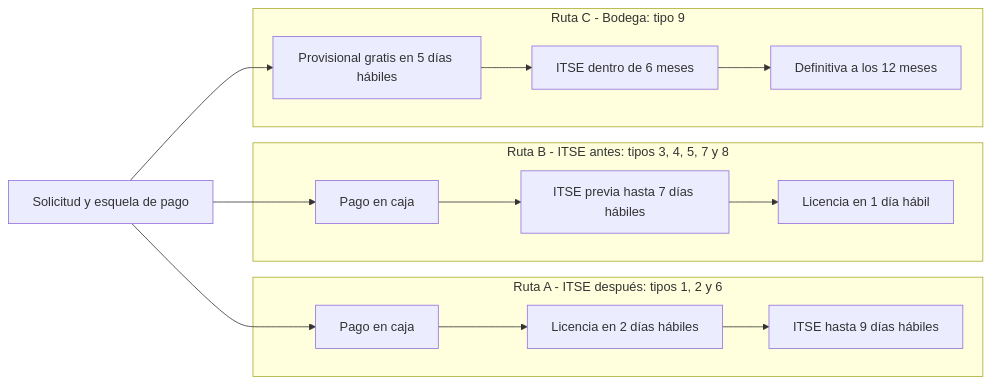
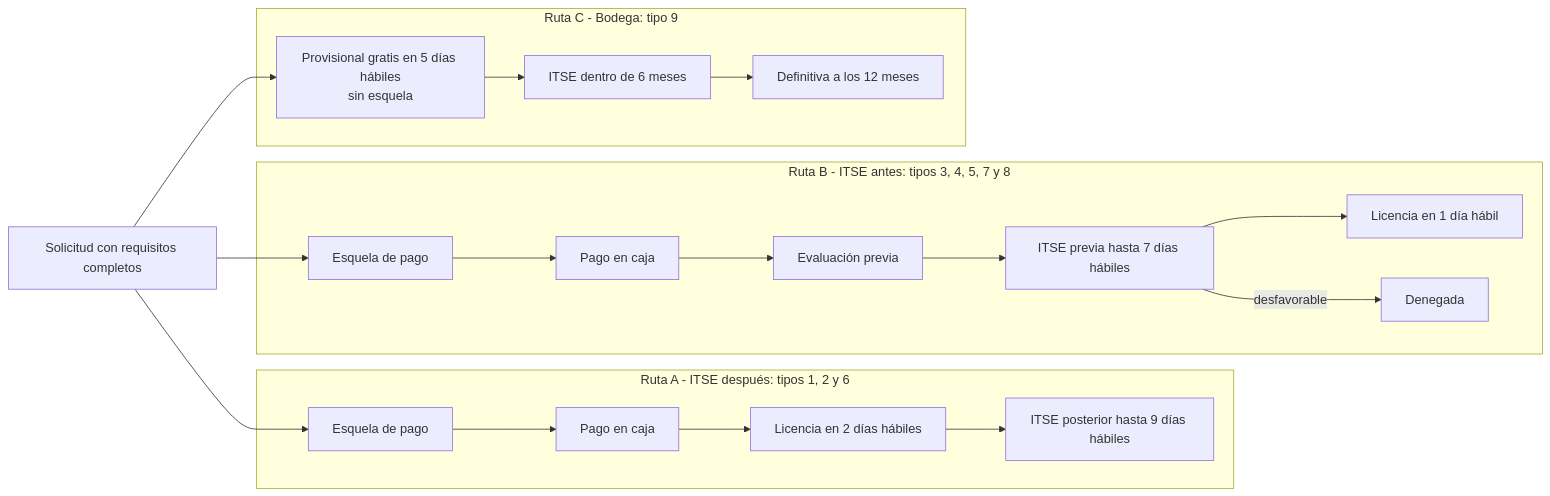
The second of 2 diagrams in docs/02-arquitectura-software/arquitectura-inicial.md (yeymyloson18/Licencias-Huanta-arquitSoft-JEIMY), drawn with Mermaid before and after one commit. The commit also changed other lines of this file, not shown here.

Commit message:
docs: corregir rutas del trámite (ruta C sin esquela, evaluación y denegación en ruta B)

````diff
--- a/docs/02-arquitectura-software/arquitectura-inicial.md
+++ b/docs/02-arquitectura-software/arquitectura-inicial.md
@@ -85,18 +91,19 @@
 ```mermaid
 flowchart LR
-    S["Solicitud y esquela de pago"] --> A1
-    S --> B1
+    S["Solicitud con requisitos completos"] --> A0
+    S --> B0
     S --> C1
 
     subgraph RA["Ruta A - ITSE después: tipos 1, 2 y 6"]
-        A1["Pago en caja"] --> A2["Licencia en 2 días hábiles"] --> A3["ITSE hasta 9 días hábiles"]
+        A0["Esquela de pago"] --> A1["Pago en caja"] --> A2["Licencia en 2 días hábiles"] --> A3["ITSE posterior hasta 9 días hábiles"]
     end
 
     subgraph RB["Ruta B - ITSE antes: tipos 3, 4, 5, 7 y 8"]
-        B1["Pago en caja"] --> B2["ITSE previa hasta 7 días hábiles"] --> B3["Licencia en 1 día hábil"]
+        B0["Esquela de pago"] --> B1["Pago en caja"] --> BE["Evaluación previa"] --> B2["ITSE previa hasta 7 días hábiles"] --> B3["Licencia en 1 día hábil"]
+        B2 -->|"desfavorable"| BX["Denegada"]
     end
 
     subgraph RC["Ruta C - Bodega: tipo 9"]
-        C1["Provisional gratis en 5 días hábiles"] --> C2["ITSE dentro de 6 meses"] --> C3["Definitiva a los 12 meses"]
+        C1["Provisional gratis en 5 días hábiles<br/>sin esquela"] --> C2["ITSE dentro de 6 meses"] --> C3["Definitiva a los 12 meses"]
     end
 ```
````
